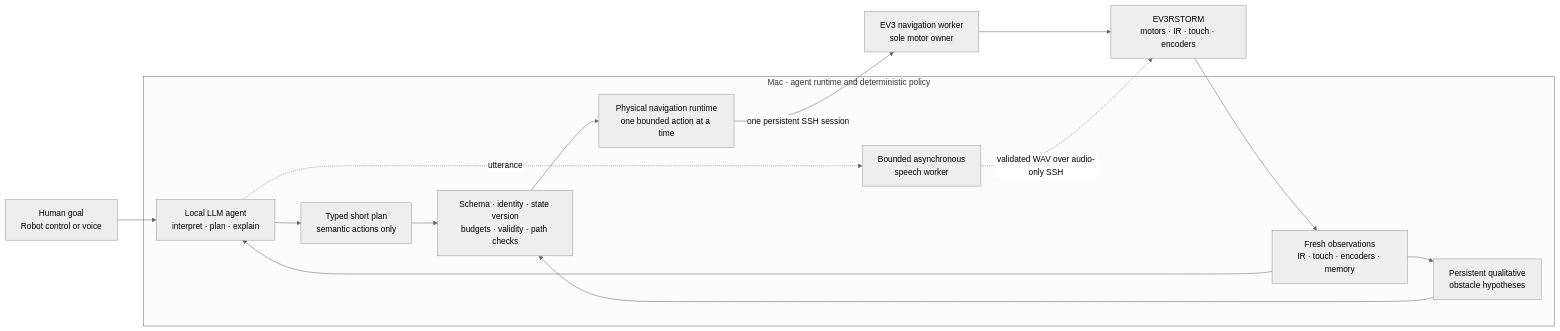
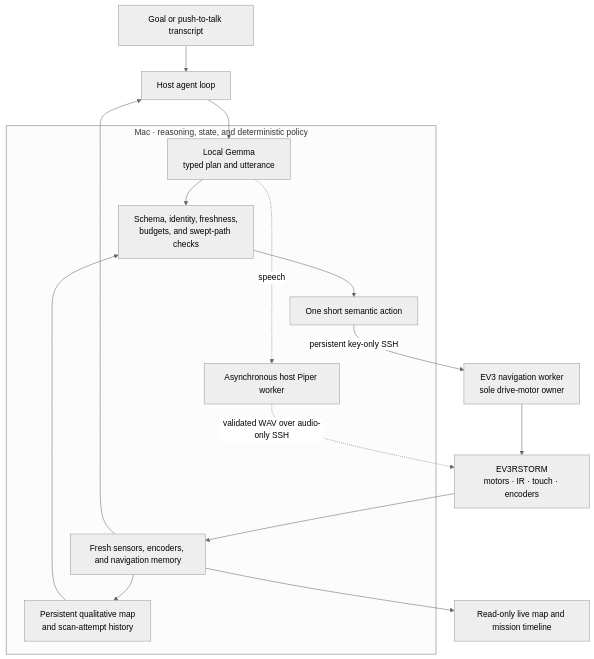
Before and after one commit to Jawbreaker1/robot-llm: the diagram in README.md, drawn with Mermaid (neutral theme). The commit also changed other lines of this file and 2 other files, not shown here.

Commit message:
Rewrite README around the live physical agent

````diff
--- a/README.md
+++ b/README.md
@@ -106,19 +96,20 @@
 ```mermaid
-flowchart LR
-    U["Human goal<br/>Robot control or voice"] --> A["Local LLM agent<br/>interpret · plan · explain"]
-    O["Fresh observations<br/>IR · touch · encoders · memory"] --> A
-    A --> P["Typed short plan<br/>semantic actions only"]
+flowchart TD
+    U["Goal or push-to-talk transcript"] --> A["Host agent loop"]
+    S["Fresh sensors, encoders, and navigation memory"] --> A
+    A --> L["Local Gemma<br/>typed plan and utterance"]
 
-    subgraph HOST["Mac · agent runtime and deterministic policy"]
-        P --> V["Schema · identity · state version<br/>budgets · validity · path checks"]
-        V --> E["Physical navigation runtime<br/>one bounded action at a time"]
-        O --> M["Persistent qualitative<br/>obstacle hypotheses"]
+    subgraph HOST["Mac · reasoning, state, and deterministic policy"]
+        L --> V["Schema, identity, freshness,<br/>budgets, and swept-path checks"]
+        V --> X["One short semantic action"]
+        S --> M["Persistent qualitative map<br/>and scan-attempt history"]
         M --> V
-        A -. utterance .-> T["Bounded asynchronous<br/>speech worker"]
+        L -. speech .-> T["Asynchronous host Piper worker"]
     end
 
-    E -->|"one persistent SSH session"| W["EV3 navigation worker<br/>sole motor owner"]
+    X -->|"persistent key-only SSH"| W["EV3 navigation worker<br/>sole drive-motor owner"]
     W --> R["EV3RSTORM<br/>motors · IR · touch · encoders"]
-    R --> O
+    R --> S
     T -. "validated WAV over audio-only SSH" .-> R
+    S --> D["Read-only live map and mission timeline"]
 ```
````
